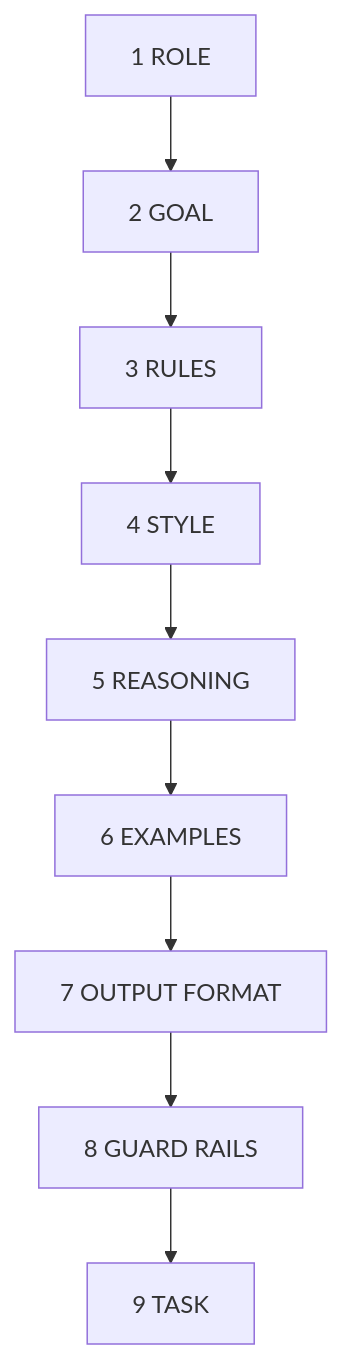
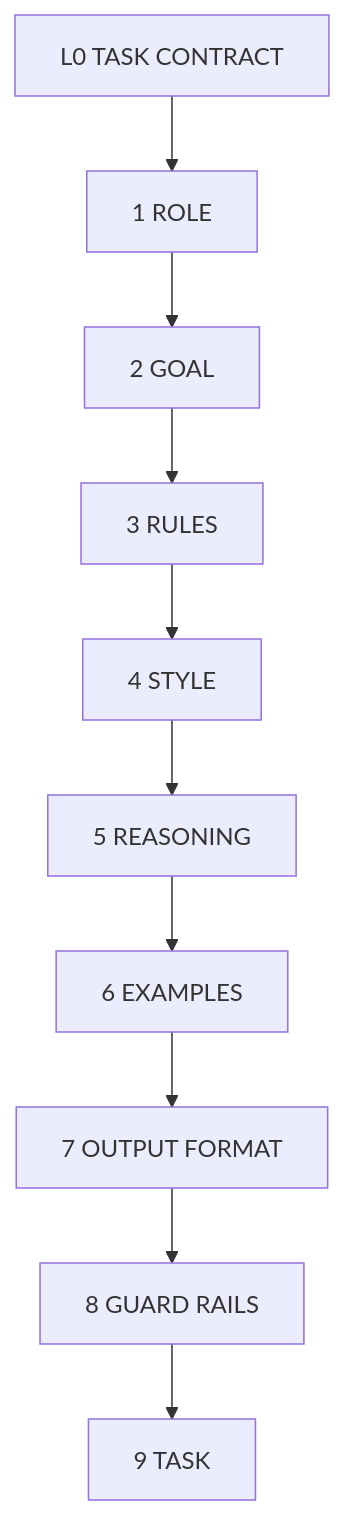
The first of 2 diagrams in website/docs/foundations/research-flow.md (SadhiraAI/mycontext), drawn with Mermaid before and after one commit. The commit also changed other lines of this file and 14 other files, not shown here.

First line of the commit message:
release: v0.9.0 — TaskContract, PromptArchitect L0 hooks, OutputEvaluator weights, docs

````diff
--- a/website/docs/foundations/research-flow.md
+++ b/website/docs/foundations/research-flow.md
@@ -31,6 +32,7 @@
 ```mermaid
 graph TD
-    R[1 ROLE] --> G[2 GOAL] --> RU[3 RULES] --> S[4 STYLE]
+    L0[L0 TASK CONTRACT] --> R[1 ROLE]
+    R --> G[2 GOAL] --> RU[3 RULES] --> S[4 STYLE]
     S --> RE[5 REASONING] --> EX[6 EXAMPLES] --> OF[7 OUTPUT FORMAT]
     OF --> GR[8 GUARD RAILS] --> T[9 TASK]
 ```
````
